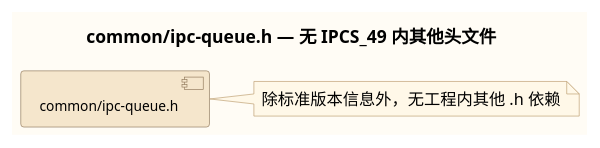
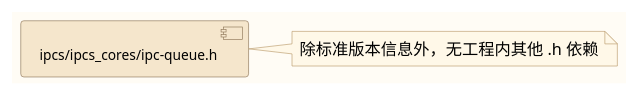
Before and after one commit to Mastang1/sad_sdd_proj: the diagram in c1_sdd_linux-ipcs/cursor_tmp/files_32_umls/3_2_3.puml, drawn with PlantUML. The commit also changed 232 other files, not shown here.

```diff
--- a/c1_sdd_linux-ipcs/cursor_tmp/files_32_umls/3_2_3.puml
+++ b/c1_sdd_linux-ipcs/cursor_tmp/files_32_umls/3_2_3.puml
@@ -1,22 +1,19 @@
 @startuml
 skinparam backgroundColor #FFFCF5
 skinparam component {
   BackgroundColor #F5E6CC
   BorderColor #8B7355
   FontSize 11
 }
 skinparam package {
   BackgroundColor #FAF0E0
   BorderColor #A08060
 }
 skinparam arrowColor #5C4033
 skinparam note {
   BackgroundColor #FFF8E8
   BorderColor #B89968
 }
-title common/ipc-queue.h — 无 IPCS_49 内其他头文件
-component [common/ipc-queue.h] as H
-note right of H
-  除标准版本信息外，无工程内其他 .h 依赖
-end note
+component [ipcs/ipcs_cores/ipc-queue.h] as SRC
+note right of SRC : 除标准版本信息外，无工程内其他 .h 依赖
 @enduml
```
